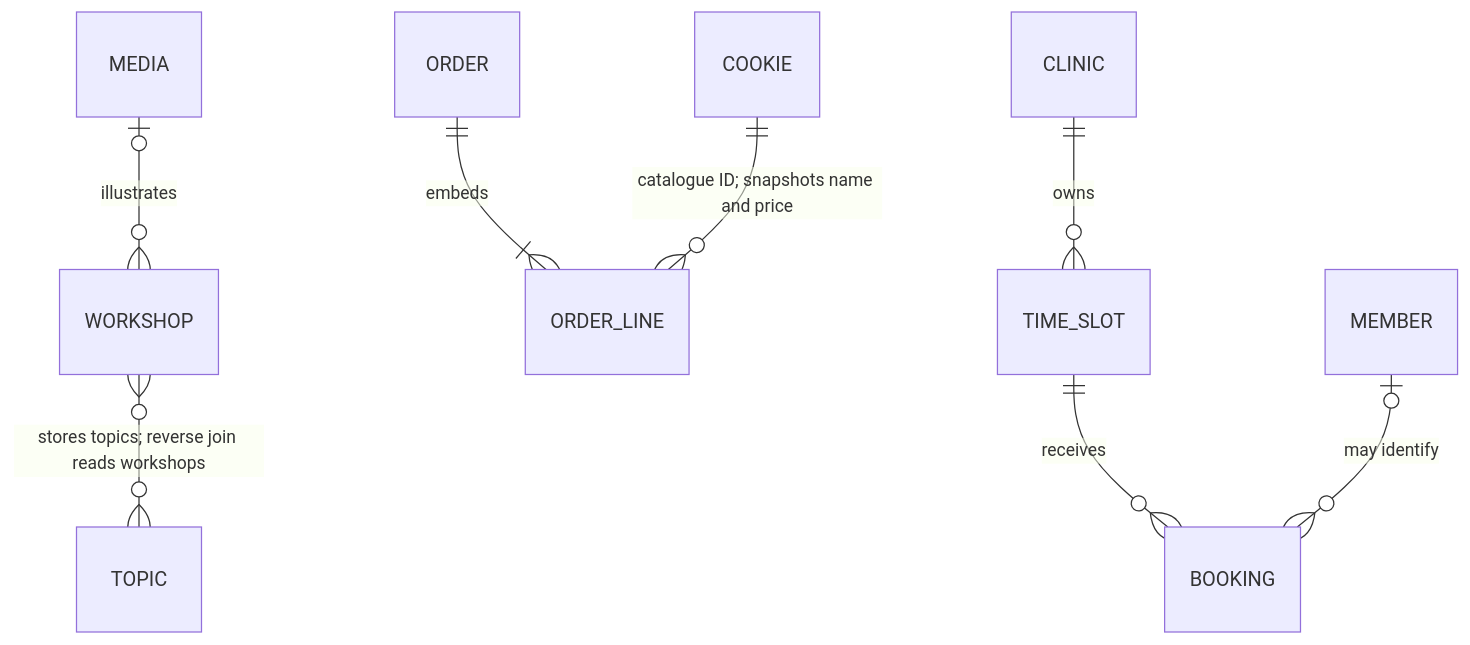
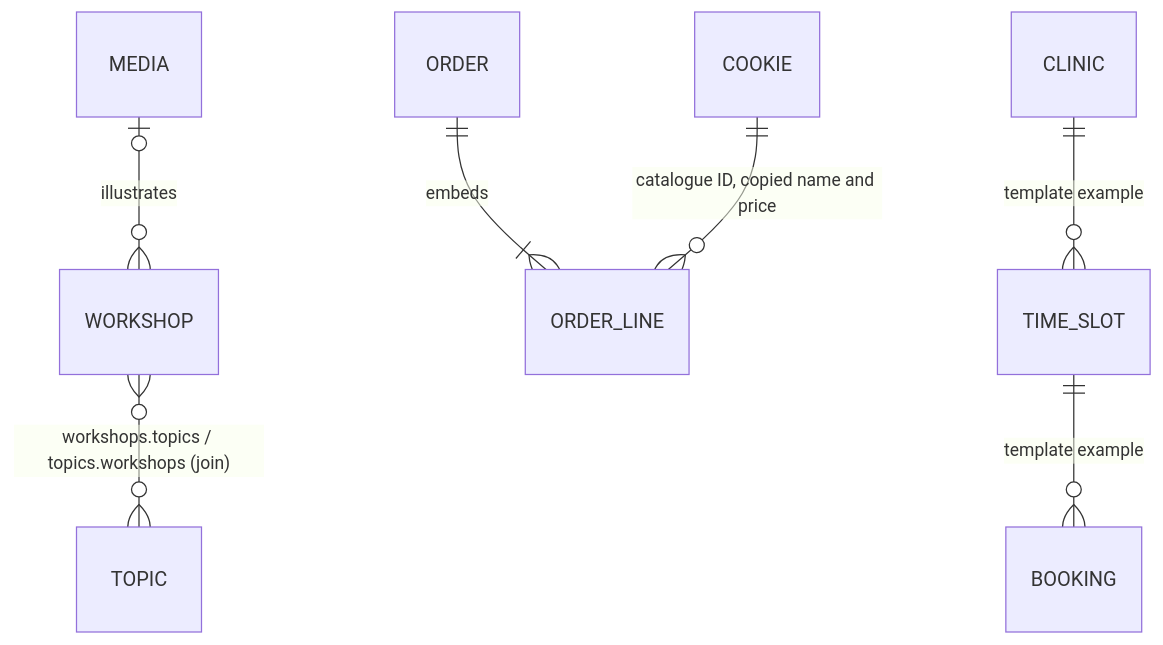
One commit to jonashey1/team11-cookie-shop changed the diagram in docs/content-structure.md. Above: the diagram before and after it, drawn with Mermaid. The commit also changed other lines of this file and 4 other files, not shown here.

````diff
--- a/docs/content-structure.md
+++ b/docs/content-structure.md
@@ -35,10 +35,9 @@
 ```mermaid
 erDiagram
-    WORKSHOP }o--o{ TOPIC : "stores topics; reverse join reads workshops"
-    MEDIA o|--o{ WORKSHOP : "illustrates"
+    WORKSHOP }o--o{ TOPIC : "workshops.topics / topics.workshops (join)"
+    MEDIA |o--o{ WORKSHOP : "illustrates"
     ORDER ||--|{ ORDER_LINE : "embeds"
-    COOKIE ||--o{ ORDER_LINE : "catalogue ID; snapshots name and price"
-    CLINIC ||--o{ TIME_SLOT : "owns"
-    TIME_SLOT ||--o{ BOOKING : "receives"
-    MEMBER o|--o{ BOOKING : "may identify"
+    COOKIE ||--o{ ORDER_LINE : "catalogue ID, copied name and price"
+    CLINIC ||--o{ TIME_SLOT : "template example"
+    TIME_SLOT ||--o{ BOOKING : "template example"
 ```
````
